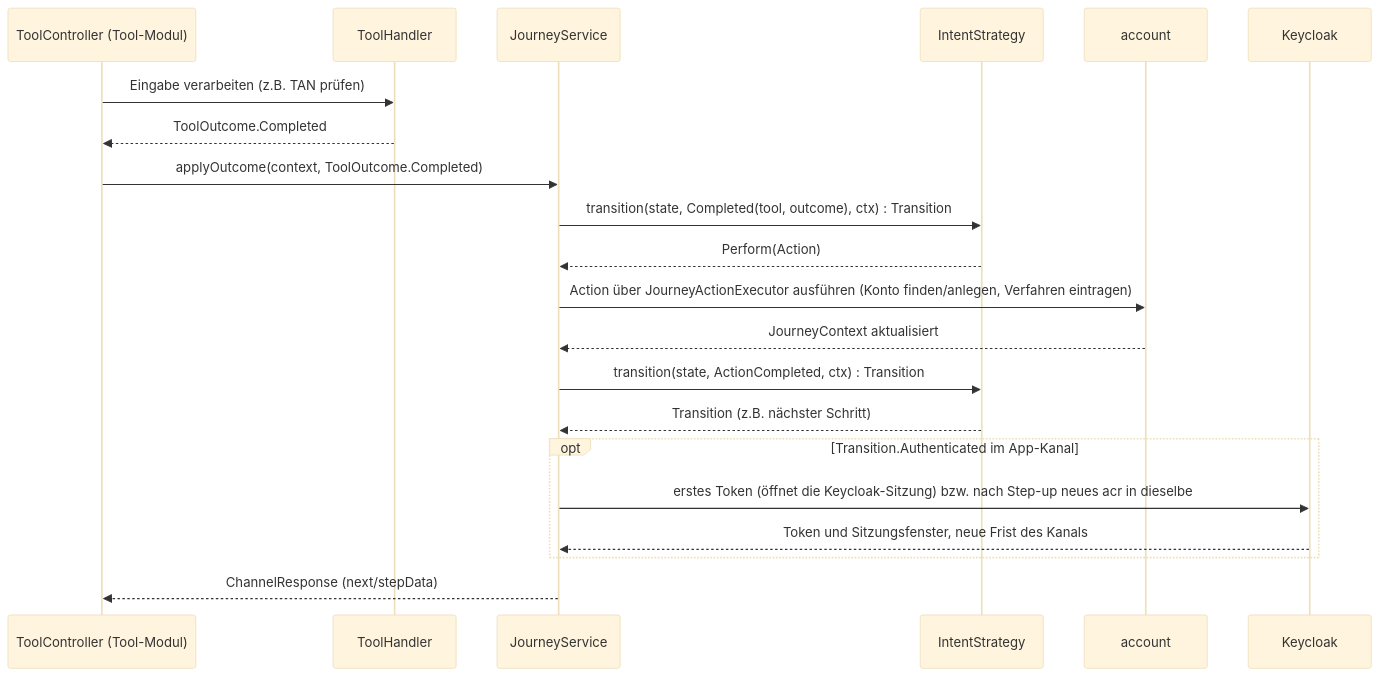
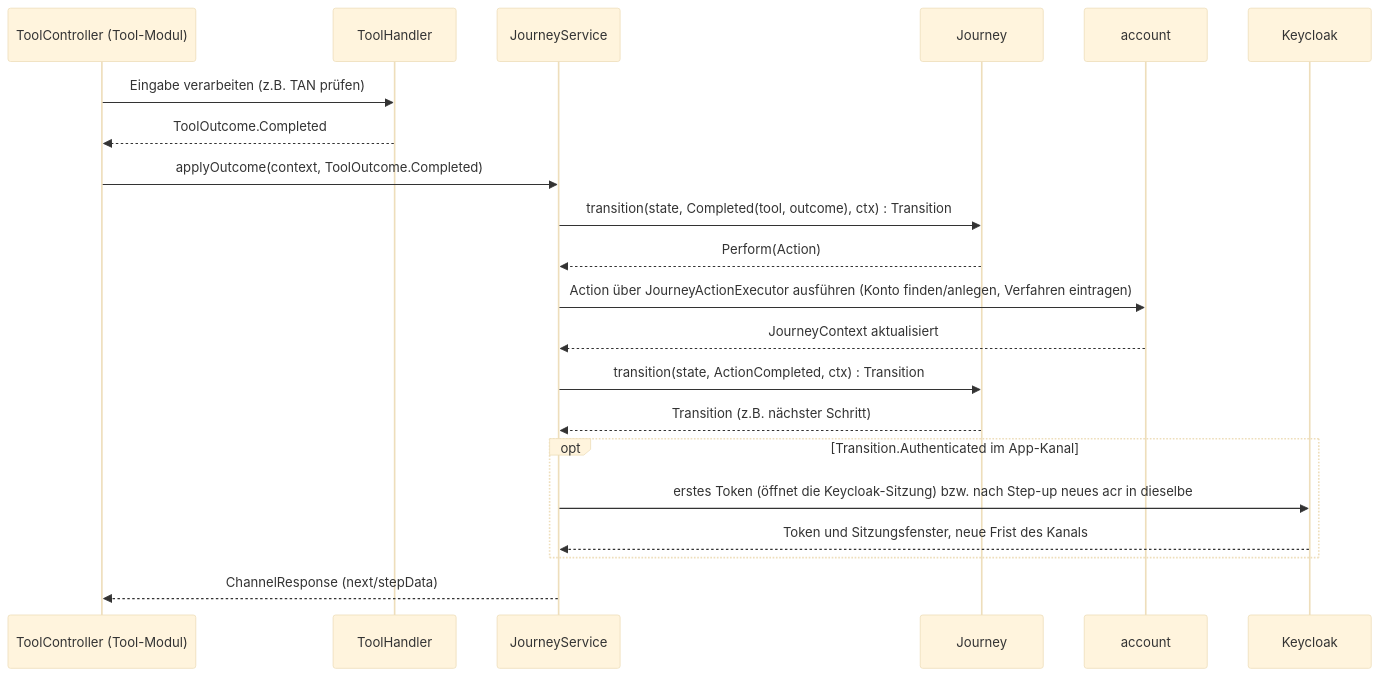
One commit to rpreissel/identity-demo changed the second of 2 diagrams in docs/03-tool-architektur.md. Above: the diagram before and after it, drawn with Mermaid (base theme). The commit also changed other lines of this file and 106 other files, not shown here.

````diff
--- a/docs/03-tool-architektur.md
+++ b/docs/03-tool-architektur.md
@@ -72,25 +72,25 @@
 ```mermaid
 sequenceDiagram
   participant TC as ToolController (Tool-Modul)
   participant TH as ToolHandler
   participant JS as JourneyService
-  participant IS as IntentStrategy
+  participant IS as Journey
   participant AC as account
   participant KC as Keycloak
 
   TC->>TH: Eingabe verarbeiten (z.B. TAN prüfen)
   TH-->>TC: ToolOutcome.Completed
 
   TC->>JS: applyOutcome(context, ToolOutcome.Completed)
   JS->>IS: transition(state, Completed(tool, outcome), ctx) : Transition
   IS-->>JS: Perform(Action)
   JS->>AC: Action über JourneyActionExecutor ausführen (Konto finden/anlegen, Verfahren eintragen)
   AC-->>JS: JourneyContext aktualisiert
   JS->>IS: transition(state, ActionCompleted, ctx) : Transition
   IS-->>JS: Transition (z.B. nächster Schritt)
   opt Transition.Authenticated im App-Kanal
     JS->>KC: erstes Token (öffnet die Keycloak-Sitzung) bzw. nach Step-up neues acr in dieselbe
     KC-->>JS: Token und Sitzungsfenster, neue Frist des Kanals
   end
   JS-->>TC: ChannelResponse (next/stepData)
 ```
````
